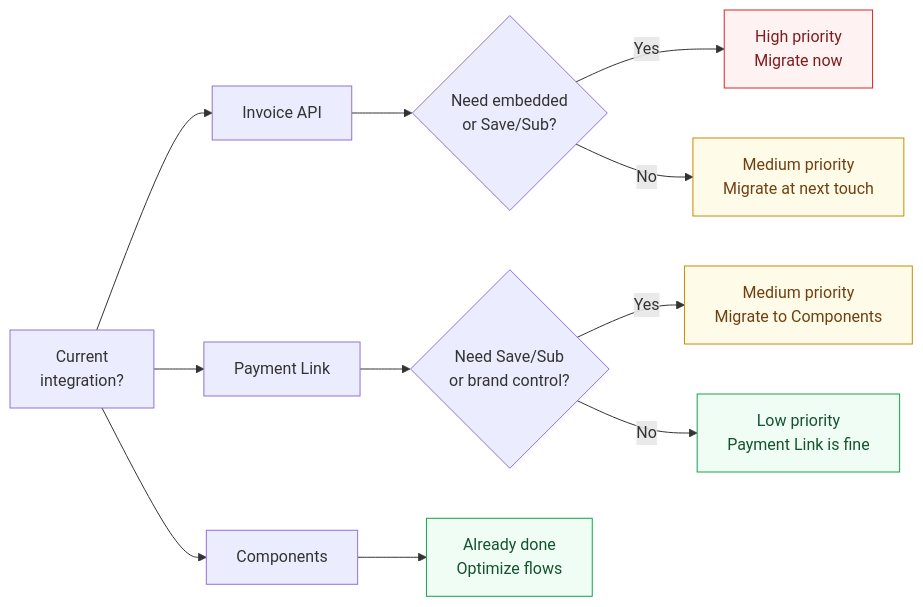
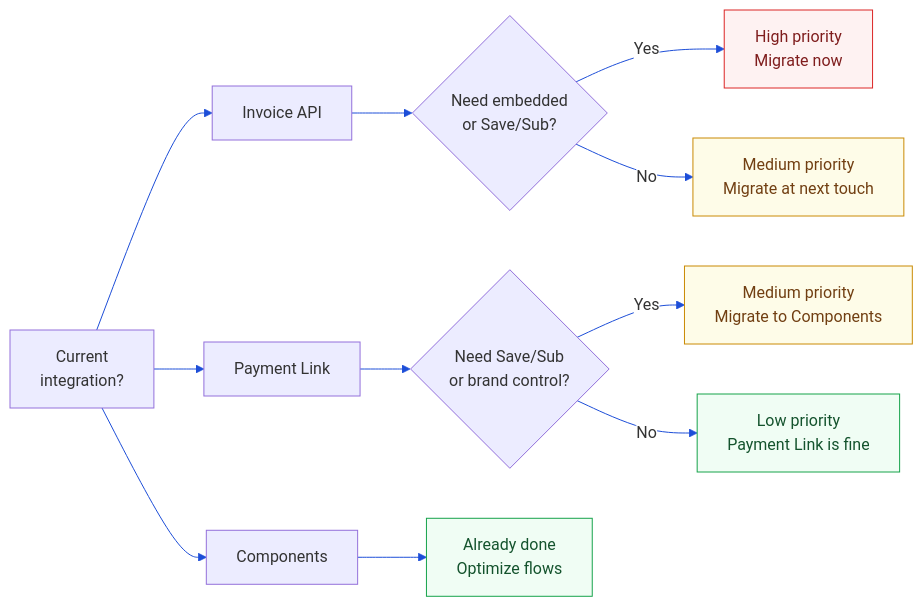
One commit to sabiqovsky/clm-components-guide changed the diagram in content/09-migration.md. Above: the diagram before and after it, drawn with Mermaid. The commit also changed 10 other files, not shown here.

First line of the commit message:
fix: force white bg on Mermaid diagrams via init directive + CSS override

````diff
--- a/content/09-migration.md
+++ b/content/09-migration.md
@@ -5,22 +5,23 @@
 ```mermaid
+%%{init: {"theme": "default", "themeVariables": {"background": "#ffffff", "primaryColor": "#eff6ff", "primaryBorderColor": "#1d4ed8", "primaryTextColor": "#1e3a5f", "lineColor": "#1d4ed8", "edgeLabelBackground": "#ffffff", "fontSize": "16px"}}}%%
 flowchart LR
     A["Current\nintegration?"] --> B["Invoice API"]
     A --> C["Payment Link"]
     A --> D["Components"]
 
     B --> E{"Need embedded\nor Save/Sub?"}
     E -->|Yes| F["High priority\nMigrate now"]
     E -->|No| G["Medium priority\nMigrate at next touch"]
 
     C --> H{"Need Save/Sub\nor brand control?"}
     H -->|Yes| I["Medium priority\nMigrate to Components"]
     H -->|No| J["Low priority\nPayment Link is fine"]
 
     D --> K["Already done\nOptimize flows"]
 
     style F fill:#fef2f2,stroke:#dc2626,color:#7f1d1d
     style G fill:#fefce8,stroke:#ca8a04,color:#713f12
     style I fill:#fefce8,stroke:#ca8a04,color:#713f12
     style J fill:#f0fdf4,stroke:#16a34a,color:#14532d
     style K fill:#f0fdf4,stroke:#16a34a,color:#14532d
 ```
````
